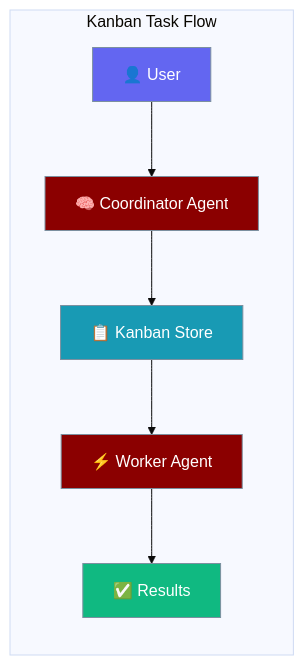
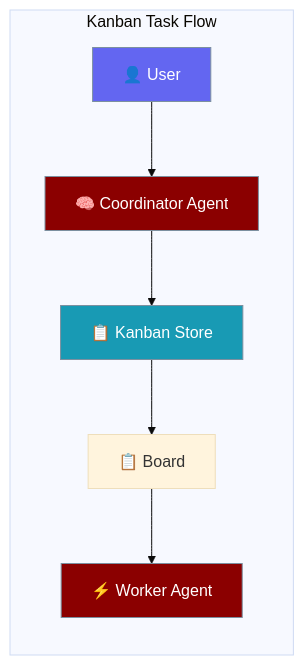
The first of 7 diagrams in docs/features/kanban.mdx (MervinPraison/PraisonAIDocs), drawn with Mermaid (base theme) before and after one commit. The commit also changed other lines of this file and 2 other files, not shown here.

First line of the commit message:
fix: address architectural issues in Kanban documentation

````diff
--- a/docs/features/kanban.mdx
+++ b/docs/features/kanban.mdx
@@ -10,19 +10,19 @@
 ```mermaid
 graph LR
     subgraph "Kanban Task Flow"
         User[👤 User] --> Coordinator[🧠 Coordinator Agent]
         Coordinator --> Store[📋 Kanban Store]
-        Store --> Worker[⚡ Worker Agent]
-        Worker --> Results[✅ Results]
+        Store --> Board[📋 Board]
+        Board --> Worker[⚡ Worker Agent]
     end
     
     classDef user fill:#6366F1,stroke:#7C90A0,color:#fff
     classDef agent fill:#8B0000,stroke:#7C90A0,color:#fff
     classDef store fill:#189AB4,stroke:#7C90A0,color:#fff
     classDef result fill:#10B981,stroke:#7C90A0,color:#fff
     
     class User user
     class Coordinator,Worker agent
     class Store store
     class Results result
 ```
````
